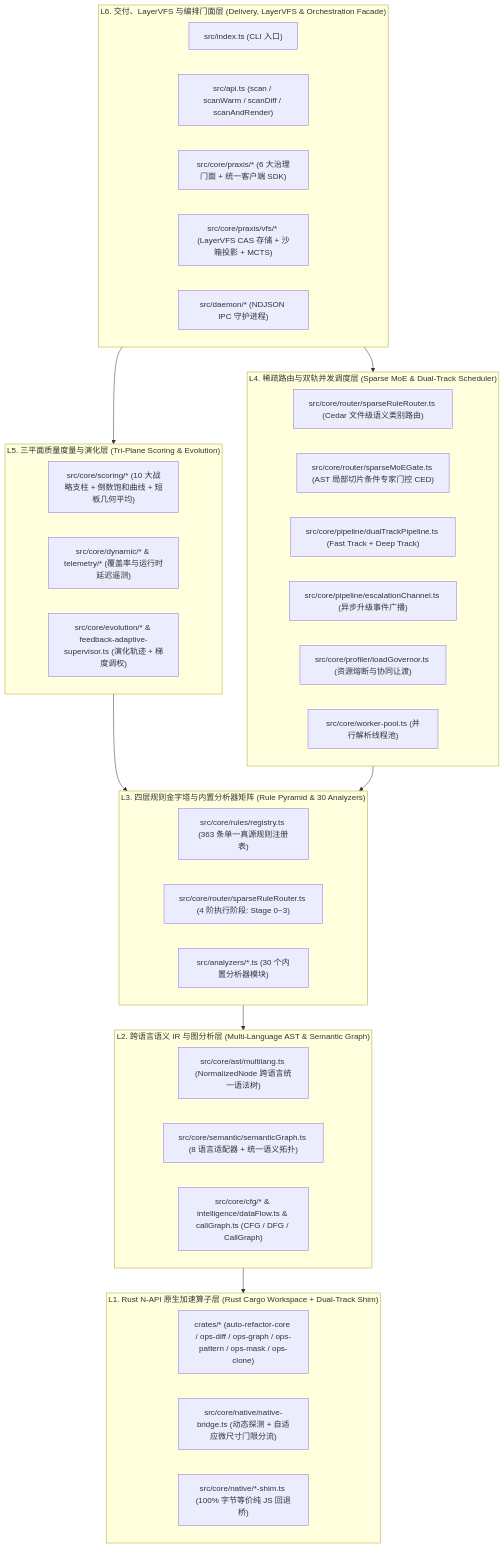
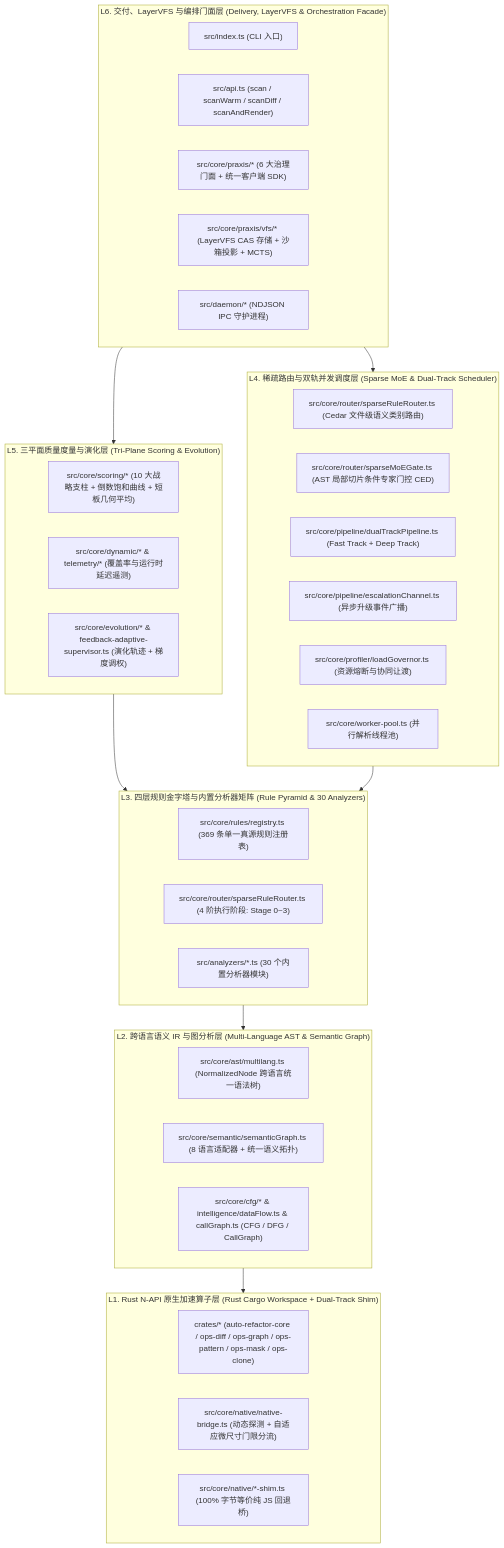
The first of 2 diagrams in auto-refactor/docs/01-architecture/01-system-overview.md (guilingzhouyi-creator/vscode-extensions), drawn with Mermaid before and after one commit. The commit also changed other lines of this file and 35 other files, not shown here.

````diff
--- a/auto-refactor/docs/01-architecture/01-system-overview.md
+++ b/auto-refactor/docs/01-architecture/01-system-overview.md
@@ -12,50 +12,50 @@
 ```mermaid
 flowchart TD
   subgraph L6["L6. 交付、LayerVFS 与编排门面层 (Delivery, LayerVFS & Orchestration Facade)"]
     CLI["src/index.ts (CLI 入口)"]
     API["src/api.ts (scan / scanWarm / scanDiff / scanAndRender)"]
     PRAXIS["src/core/praxis/* (6 大治理门面 + 统一客户端 SDK)"]
     VFS["src/core/praxis/vfs/* (LayerVFS CAS 存储 + 沙箱投影 + MCTS)"]
     DAEMON["src/daemon/* (NDJSON IPC 守护进程)"]
   end
 
   subgraph L5["L5. 三平面质量度量与演化层 (Tri-Plane Scoring & Evolution)"]
     STATIC["src/core/scoring/* (10 大战略支柱 + 倒数饱和曲线 + 短板几何平均)"]
     DYNAMIC["src/core/dynamic/* & telemetry/* (覆盖率与运行时延迟遥测)"]
     EVOL["src/core/evolution/* & feedback-adaptive-supervisor.ts (演化轨迹 + 梯度调权)"]
   end
 
   subgraph L4["L4. 稀疏路由与双轨并发调度层 (Sparse MoE & Dual-Track Scheduler)"]
     ROUTER["src/core/router/sparseRuleRouter.ts (Cedar 文件级语义类别路由)"]
     MOE["src/core/router/sparseMoEGate.ts (AST 局部切片条件专家门控 CED)"]
     DUAL["src/core/pipeline/dualTrackPipeline.ts (Fast Track + Deep Track)"]
     ESCALATE["src/core/pipeline/escalationChannel.ts (异步升级事件广播)"]
     GOVERNOR["src/core/profiler/loadGovernor.ts (资源熔断与协同让渡)"]
     POOL["src/core/worker-pool.ts (并行解析线程池)"]
   end
 
   subgraph L3["L3. 四层规则金字塔与内置分析器矩阵 (Rule Pyramid & 30 Analyzers)"]
-    REG["src/core/rules/registry.ts (363 条单一真源规则注册表)"]
+    REG["src/core/rules/registry.ts (369 条单一真源规则注册表)"]
     STAGES["src/core/router/sparseRuleRouter.ts (4 阶执行阶段: Stage 0~3)"]
     ANALYZERS["src/analyzers/*.ts (30 个内置分析器模块)"]
   end
 
   subgraph L2["L2. 跨语言语义 IR 与图分析层 (Multi-Language AST & Semantic Graph)"]
     AST["src/core/ast/multilang.ts (NormalizedNode 跨语言统一语法树)"]
     GRAPH["src/core/semantic/semanticGraph.ts (8 语言适配器 + 统一语义拓扑)"]
     FLOW["src/core/cfg/* & intelligence/dataFlow.ts & callGraph.ts (CFG / DFG / CallGraph)"]
   end
 
   subgraph L1["L1. Rust N-API 原生加速算子层 (Rust Cargo Workspace + Dual-Track Shim)"]
     CRATES["crates/* (auto-refactor-core / ops-diff / ops-graph / ops-pattern / ops-mask / ops-clone)"]
     BRIDGE["src/core/native/native-bridge.ts (动态探测 + 自适应微尺寸门限分流)"]
     SHIM["src/core/native/*-shim.ts (100% 字节等价纯 JS 回退桥)"]
   end
 
   L6 --> L5
   L6 --> L4
   L5 --> L3
   L4 --> L3
   L3 --> L2
   L2 --> L1
 ```
````
